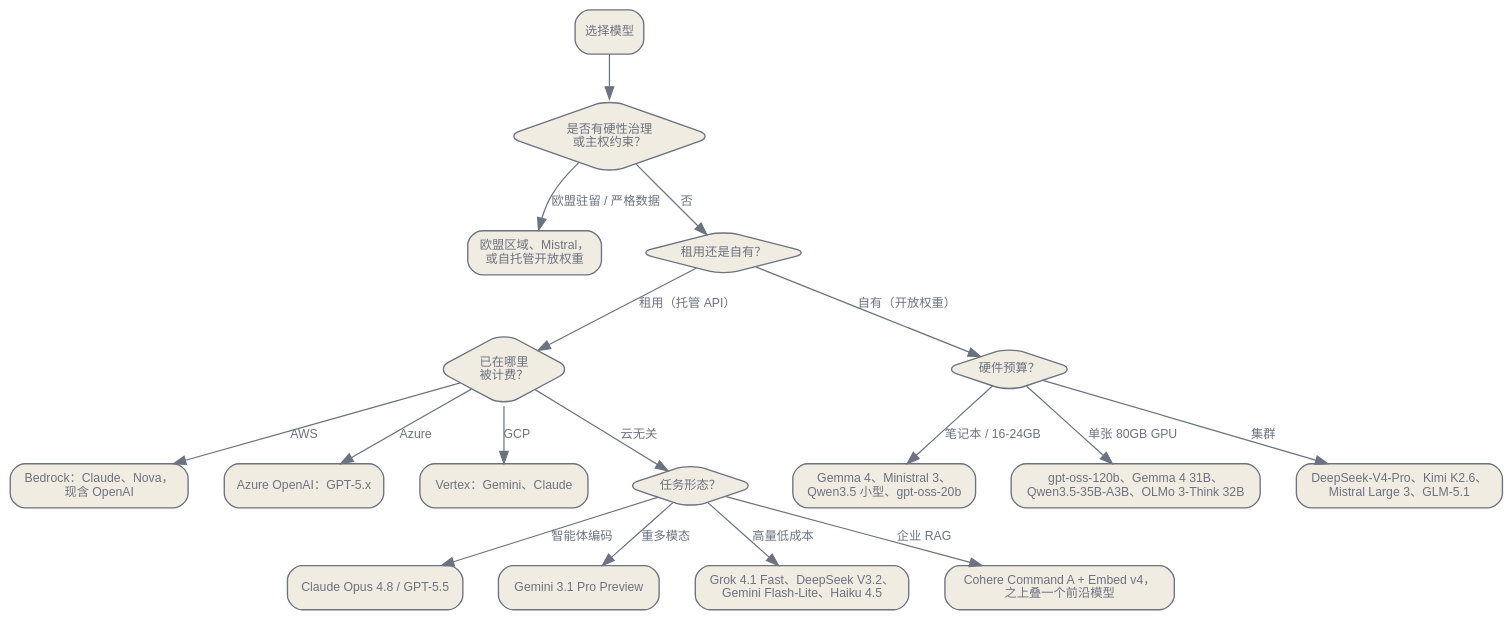
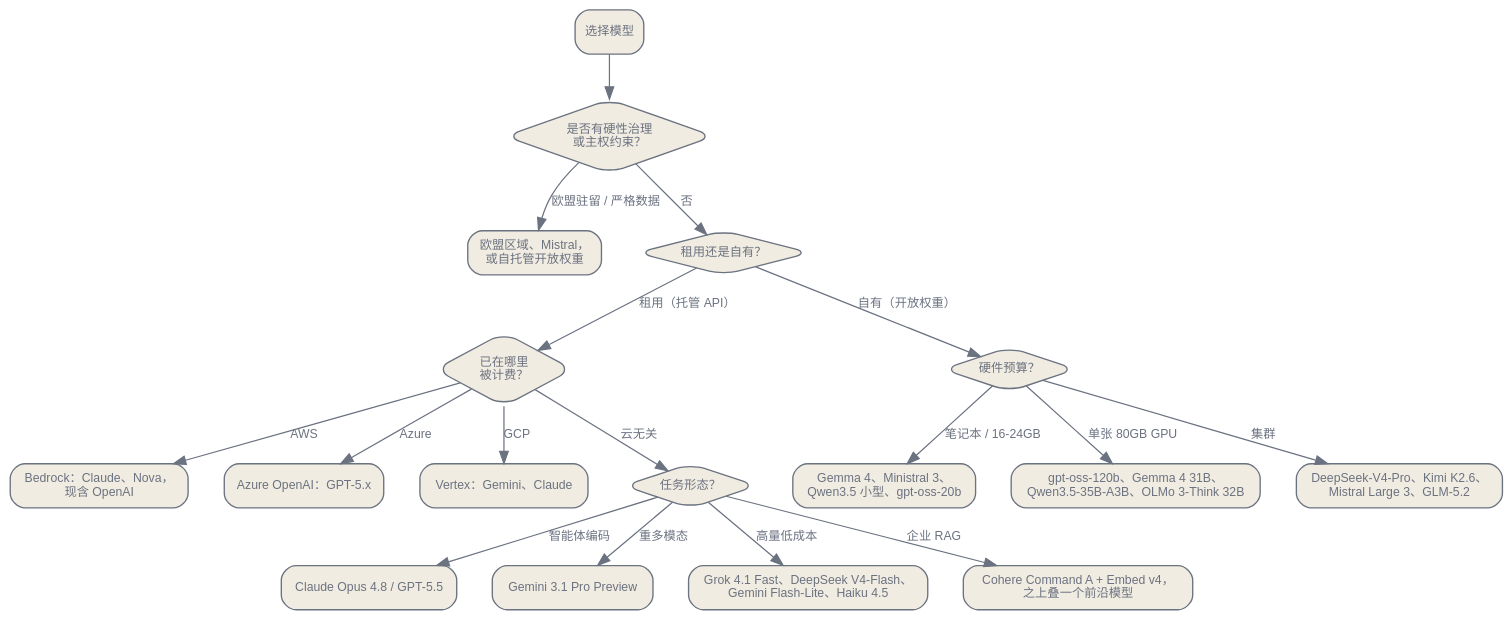
One commit to latere-ai/ai-as-an-infrastructure changed the first of 2 diagrams in zh/practice/01-choosing-a-model.qmd. Above: the diagram before and after it, drawn with Graphviz. The commit also changed other lines of this file and 20 other files, not shown here.

````diff
--- a/zh/practice/01-choosing-a-model.qmd
+++ b/zh/practice/01-choosing-a-model.qmd
@@ -100,49 +100,49 @@
 ```{dot}
 //| label: fig-model-decision
 //| fig-cap: "2026 年年中挑选模型的决策顺序。计费所在的云和治理约束，通常比质量更早决定选择。"
 digraph {
   bgcolor="transparent";
   rankdir=TB;
   nodesep=0.4; ranksep=0.5;
   node [shape=box, style="rounded,filled", fontname="Helvetica", fontsize=10, color="#6b7280", fontcolor="#6b7280", fillcolor="#f1ece1", penwidth=1.1];
   edge [fontsize=10, fontname="Helvetica", color="#6b7280", fontcolor="#6b7280"];
 
   start [label="选择模型"];
   gov [label="是否有硬性治理\n或主权约束？", shape=diamond];
   sov [label="欧盟区域、Mistral，\n或自托管开放权重"];
   host [label="租用还是自有？", shape=diamond];
   cloud [label="已在哪里\n被计费？", shape=diamond];
   bedrock [label="Bedrock：Claude、Nova，\n现含 OpenAI"];
   azure [label="Azure OpenAI：GPT-5.x"];
   vertex [label="Vertex：Gemini、Claude"];
   hw [label="硬件预算？", shape=diamond];
   small [label="Gemma 4、Ministral 3、\nQwen3.5 小型、gpt-oss-20b"];
   mid [label="gpt-oss-120b、Gemma 4 31B、\nQwen3.5-35B-A3B、OLMo 3-Think 32B"];
-  big [label="DeepSeek-V4-Pro、Kimi K2.6、\nMistral Large 3、GLM-5.1"];
+  big [label="DeepSeek-V4-Pro、Kimi K2.6、\nMistral Large 3、GLM-5.2"];
   task [label="任务形态？", shape=diamond];
   code [label="Claude Opus 4.8 / GPT-5.5"];
   mm [label="Gemini 3.1 Pro Preview"];
-  cheap [label="Grok 4.1 Fast、DeepSeek V3.2、\nGemini Flash-Lite、Haiku 4.5"];
+  cheap [label="Grok 4.1 Fast、DeepSeek V4-Flash、\nGemini Flash-Lite、Haiku 4.5"];
   rag [label="Cohere Command A + Embed v4，\n之上叠一个前沿模型"];
 
   start -> gov;
   gov -> sov [label="欧盟驻留 / 严格数据"];
   gov -> host [label="否"];
 
   host -> cloud [label="租用（托管 API）"];
   cloud -> bedrock [label="AWS"];
   cloud -> azure [label="Azure"];
   cloud -> vertex [label="GCP"];
   cloud -> task [label="云无关"];
 
   host -> hw [label="自有（开放权重）"];
   hw -> small [label="笔记本 / 16-24GB"];
   hw -> mid [label="单张 80GB GPU"];
   hw -> big [label="集群"];
 
   task -> code [label="智能体编码"];
   task -> mm [label="重多模态"];
   task -> cheap [label="高量低成本"];
   task -> rag [label="企业 RAG"];
 }
 ```
````
